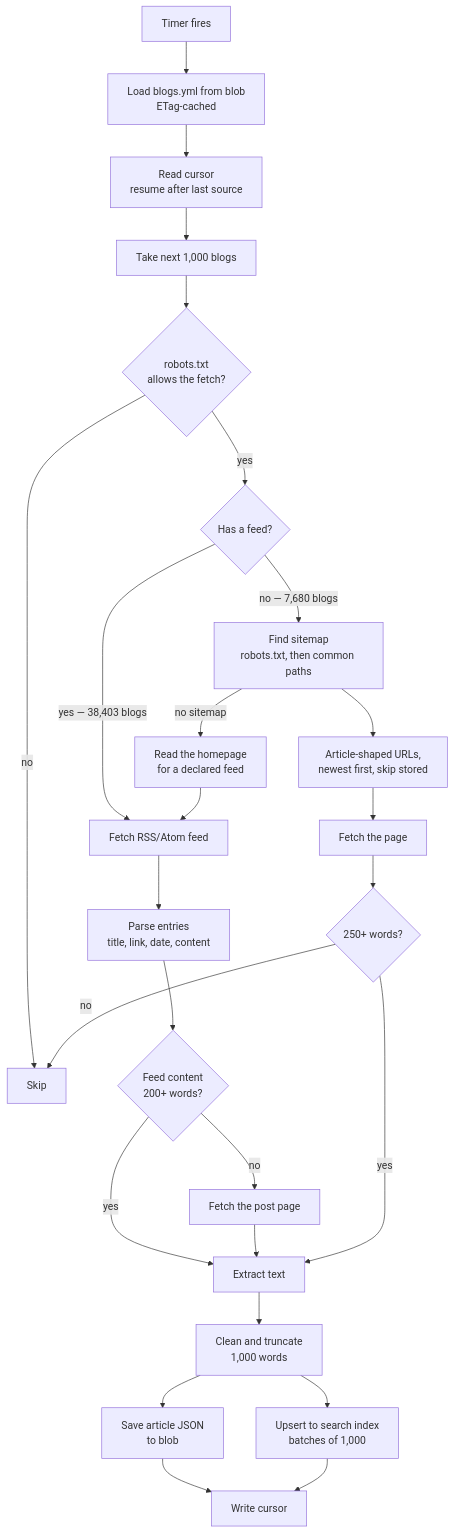
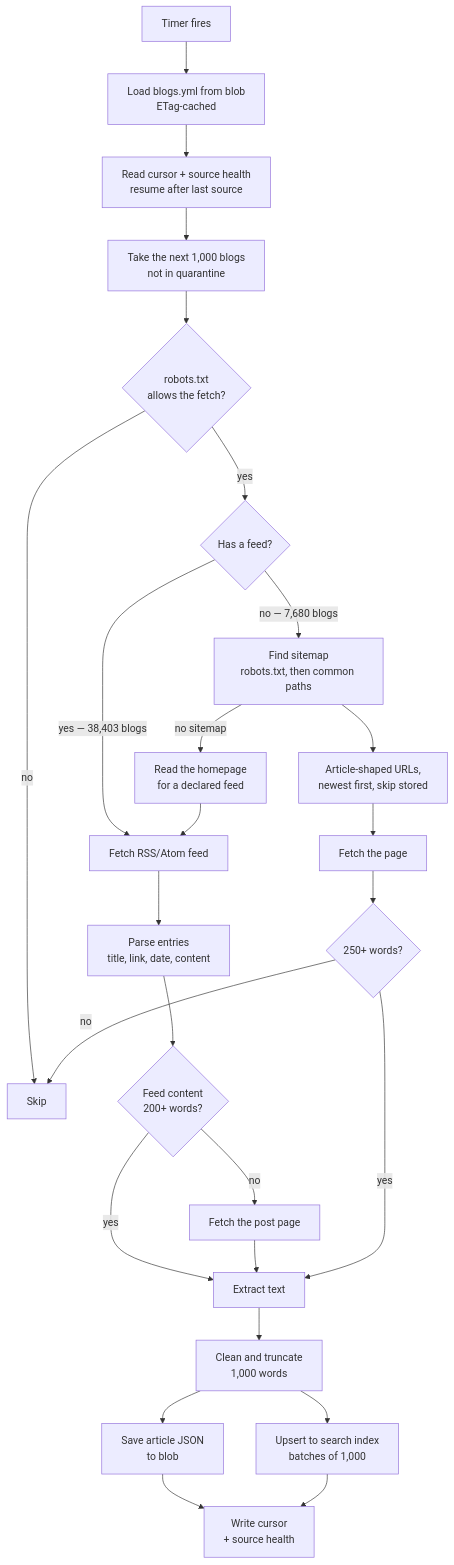
One commit to GitPaulo/blogme changed the second of 5 diagrams in docs/how-it-works.md. Above: the diagram before and after it, drawn with Mermaid. The commit also changed other lines of this file and 8 other files, not shown here.

````diff
--- a/docs/how-it-works.md
+++ b/docs/how-it-works.md
@@ -47,32 +47,32 @@
 ```mermaid
 flowchart TD
     T["Timer fires"] --> L["Load blogs.yml from blob<br/>ETag-cached"]
-    L --> C["Read cursor<br/>resume after last source"]
-    C --> BATCH["Take next 1,000 blogs"]
+    L --> C["Read cursor + source health<br/>resume after last source"]
+    C --> BATCH["Take the next 1,000 blogs<br/>not in quarantine"]
 
     BATCH --> R{"robots.txt<br/>allows the fetch?"}
     R -->|no| SKIP["Skip"]
     R -->|yes| P{"Has a feed?"}
 
     P -->|"yes — 38,403 blogs"| F["Fetch RSS/Atom feed"]
     P -->|"no — 7,680 blogs"| M["Find sitemap<br/>robots.txt, then common paths"]
 
     F --> ITEMS["Parse entries<br/>title, link, date, content"]
     ITEMS --> FULL{"Feed content<br/>200+ words?"}
     FULL -->|yes| X["Extract text"]
     FULL -->|no| PAGE["Fetch the post page"] --> X
 
     M -->|"no sitemap"| ALT["Read the homepage<br/>for a declared feed"]
     ALT --> F
     M --> LINKS["Article-shaped URLs,<br/>newest first, skip stored"]
     LINKS --> FETCH["Fetch the page"]
     FETCH --> LONG{"250+ words?"}
     LONG -->|no| SKIP
     LONG -->|yes| X
 
     X --> TRUNC["Clean and truncate<br/>1,000 words"]
     TRUNC --> SAVE["Save article JSON<br/>to blob"]
     TRUNC --> IDX["Upsert to search index<br/>batches of 1,000"]
-    SAVE --> CUR["Write cursor"]
+    SAVE --> CUR["Write cursor<br/>+ source health"]
     IDX --> CUR
 ```
````
